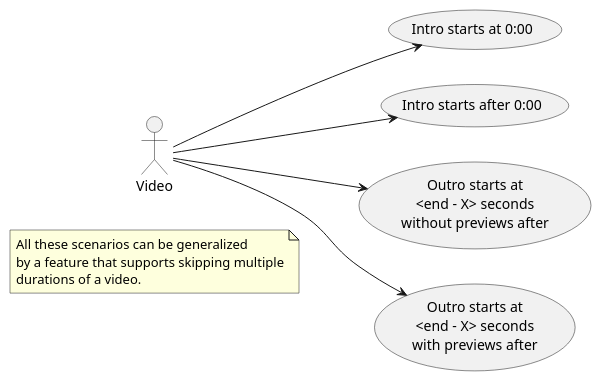
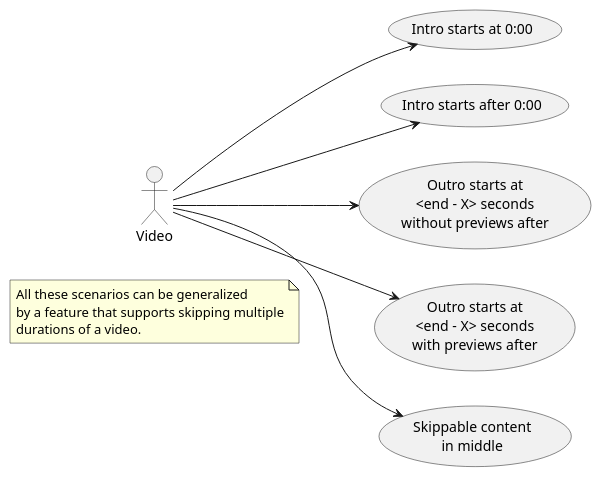
Before and after one commit to erichschroeter/plex-media-server-auto-skip-uml: the diagram in docs/intro_outro_video_use_case_diagram.puml, drawn with PlantUML. The commit also changed 6 other files, not shown here.

Commit message:
Added diagrams for intro and outro timing examples

```diff
--- a/docs/intro_outro_video_use_case_diagram.puml
+++ b/docs/intro_outro_video_use_case_diagram.puml
@@ -1,22 +1,24 @@
 @startuml "Video Intro/Outro Possibilities"
 left to right direction
 
 note as GeneralNote
     All these scenarios can be generalized
     by a feature that supports skipping multiple
     durations of a video.
 end note
 
 :Video:
 
 (Intro starts at 0:00)
 (Intro starts after 0:00)
 (Outro starts at\n<end - X> seconds\nwithout previews after)
 (Outro starts at\n<end - X> seconds\nwith previews after)
+(Skippable content\nin middle)
 
 :Video: --> (Intro starts at 0:00)
 :Video: --> (Intro starts after 0:00)
 :Video: --> (Outro starts at\n<end - X> seconds\nwithout previews after)
 :Video: --> (Outro starts at\n<end - X> seconds\nwith previews after)
+:Video: --> (Skippable content\nin middle)
 
 @enduml
```
